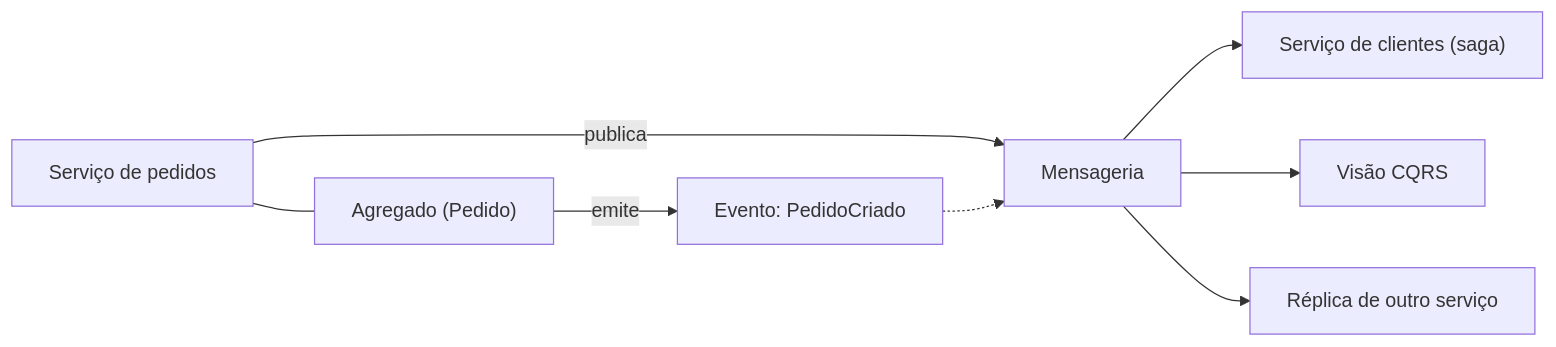
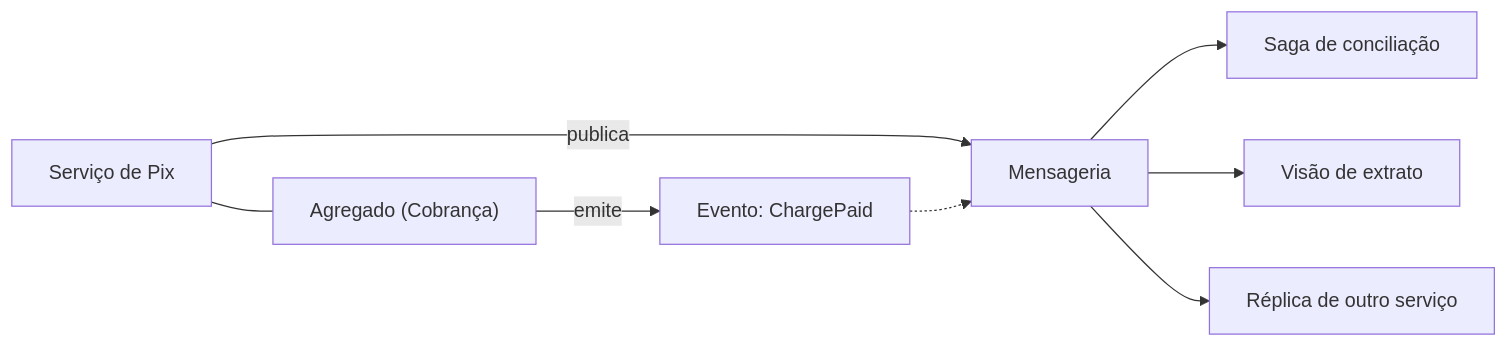
Before and after one commit to alancesar/design-patterns: the diagram in docs/architecture/microservices/service-collaboration/domain-event.md, drawn with Mermaid. The commit also changed other lines of this file and 27 other files, not shown here.

Commit message:
Switch microservices concrete diagrams to fintech scenarios

````diff
--- a/docs/architecture/microservices/service-collaboration/domain-event.md
+++ b/docs/architecture/microservices/service-collaboration/domain-event.md
@@ -59,10 +59,10 @@
 ```mermaid
 flowchart LR
-    A["Agregado (Pedido)"] -->|"emite"| E["Evento: PedidoCriado"]
-    S["Serviço de pedidos"] --- A
+    A["Agregado (Cobrança)"] -->|"emite"| E["Evento: ChargePaid"]
+    S["Serviço de Pix"] --- A
     S -->|"publica"| B["Mensageria"]
     E -.-> B
-    B --> C1["Serviço de clientes (saga)"]
-    B --> C2["Visão CQRS"]
+    B --> C1["Saga de conciliação"]
+    B --> C2["Visão de extrato"]
     B --> C3["Réplica de outro serviço"]
 ```
````
